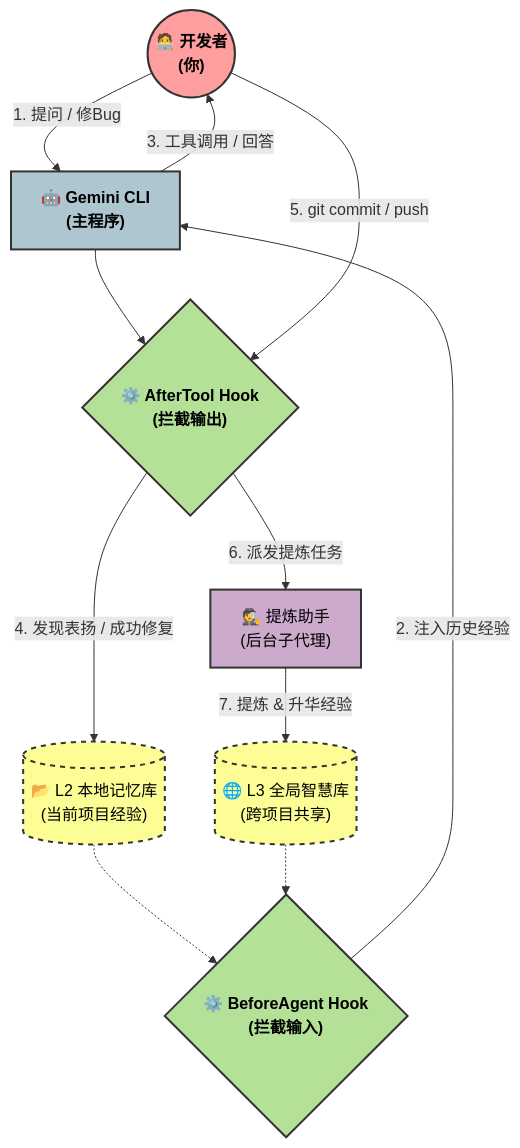
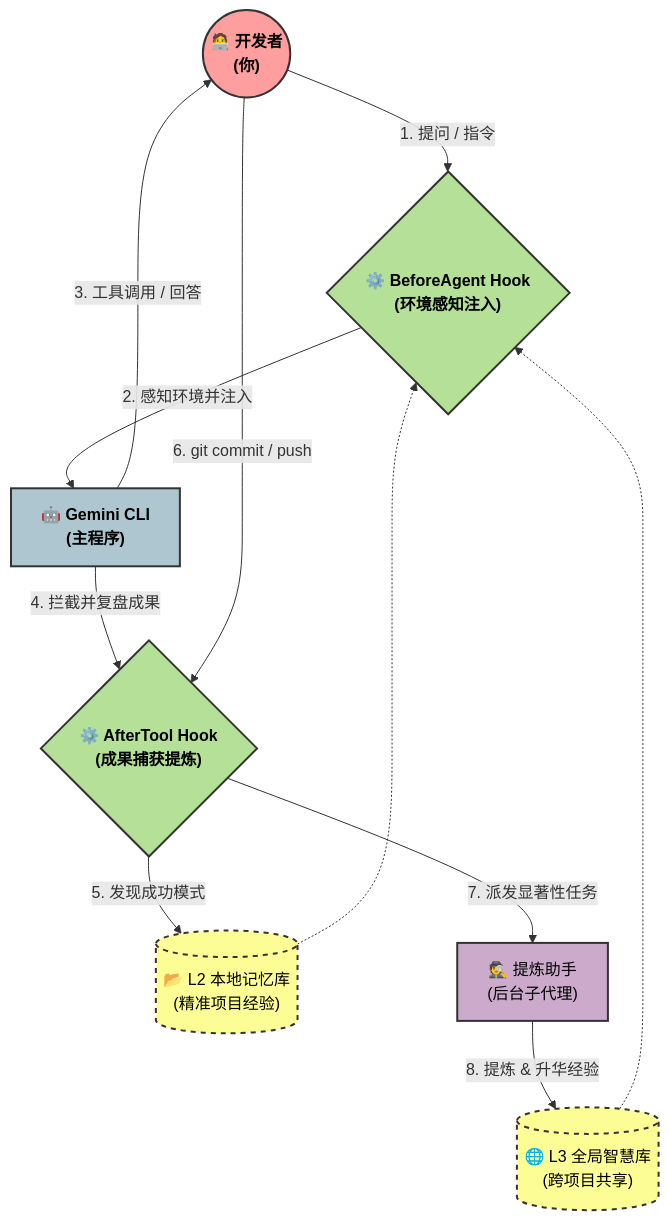
One commit to Biogod2020/ASSA changed the diagram in README.md. Above: the diagram before and after it, drawn with Mermaid. The commit also changed other lines of this file and 2 other files, not shown here.

Commit message:
docs: update README with V3.2+ features, fix Mermaid diagrams, and add real-world evolution case

````diff
--- a/README.md
+++ b/README.md
@@ -17,37 +17,37 @@
 ```mermaid
 flowchart TD
     %% Define Styles
     classDef userNode fill:#FF9E9E,stroke:#333,stroke-width:2px,color:#000,font-weight:bold
     classDef geminiNode fill:#AEC6CF,stroke:#333,stroke-width:2px,color:#000,font-weight:bold
     classDef assaNode fill:#B4E197,stroke:#333,stroke-width:2px,color:#000,font-weight:bold
     classDef memoryNode fill:#FDFD96,stroke:#333,stroke-width:2px,color:#000,stroke-dasharray: 5 5
     classDef subAgentNode fill:#CBAACB,stroke:#333,stroke-width:2px,color:#000
 
     %% Nodes
-    User(("🧑‍💻 开发者\n(你)")):::userNode
-    Gemini["🤖 Gemini CLI\n(主程序)"]:::geminiNode
-    Hook_Before{"⚙️ BeforeAgent Hook\n(拦截输入)"}:::assaNode
-    Hook_After{"⚙️ AfterTool Hook\n(拦截输出)"}:::assaNode
+    User(("🧑‍💻 开发者<br/>(你)")):::userNode
+    Gemini["🤖 Gemini CLI<br/>(主程序)"]:::geminiNode
+    Hook_Before{"⚙️ BeforeAgent Hook<br/>(环境感知注入)"}:::assaNode
+    Hook_After{"⚙️ AfterTool Hook<br/>(成果捕获提炼)"}:::assaNode
     
-    Mem_Local[("📂 L2 本地记忆库\n(当前项目经验)")]:::memoryNode
-    Mem_Global[("🌐 L3 全局智慧库\n(跨项目共享)")]:::memoryNode
+    Mem_Local[("📂 L2 本地记忆库<br/>(精准项目经验)")]:::memoryNode
+    Mem_Global[("🌐 L3 全局智慧库<br/>(跨项目共享)")]:::memoryNode
     
-    SubAgent["🕵️ 提炼助手\n(后台子代理)"]:::subAgentNode
+    SubAgent["🕵️ 提炼助手<br/>(后台子代理)"]:::subAgentNode
 
     %% Flow: Normal Conversation
-    User -- "1. 提问 / 修Bug" --> Gemini
-    Hook_Before -- "2. 注入历史经验" --> Gemini
+    User -- "1. 提问 / 指令" --> Hook_Before
+    Hook_Before -- "2. 感知环境并注入" --> Gemini
     Mem_Local -.-> Hook_Before
     Mem_Global -.-> Hook_Before
 
     Gemini -- "3. 工具调用 / 回答" --> User
-    Gemini --> Hook_After
+    Gemini -- "4. 拦截并复盘成果" --> Hook_After
     
     %% Flow: Reflex Evolution
-    Hook_After -- "4. 发现表扬 / 成功修复" --> Mem_Local
+    Hook_After -- "5. 发现成功模式" --> Mem_Local
     
     %% Flow: Deep Evolution
-    User -- "5. git commit / push" --> Hook_After
-    Hook_After -- "6. 派发提炼任务" --> SubAgent
-    SubAgent -- "7. 提炼 & 升华经验" --> Mem_Global
+    User -- "6. git commit / push" --> Hook_After
+    Hook_After -- "7. 派发显著性任务" --> SubAgent
+    SubAgent -- "8. 提炼 & 升华经验" --> Mem_Global
 ```
````
